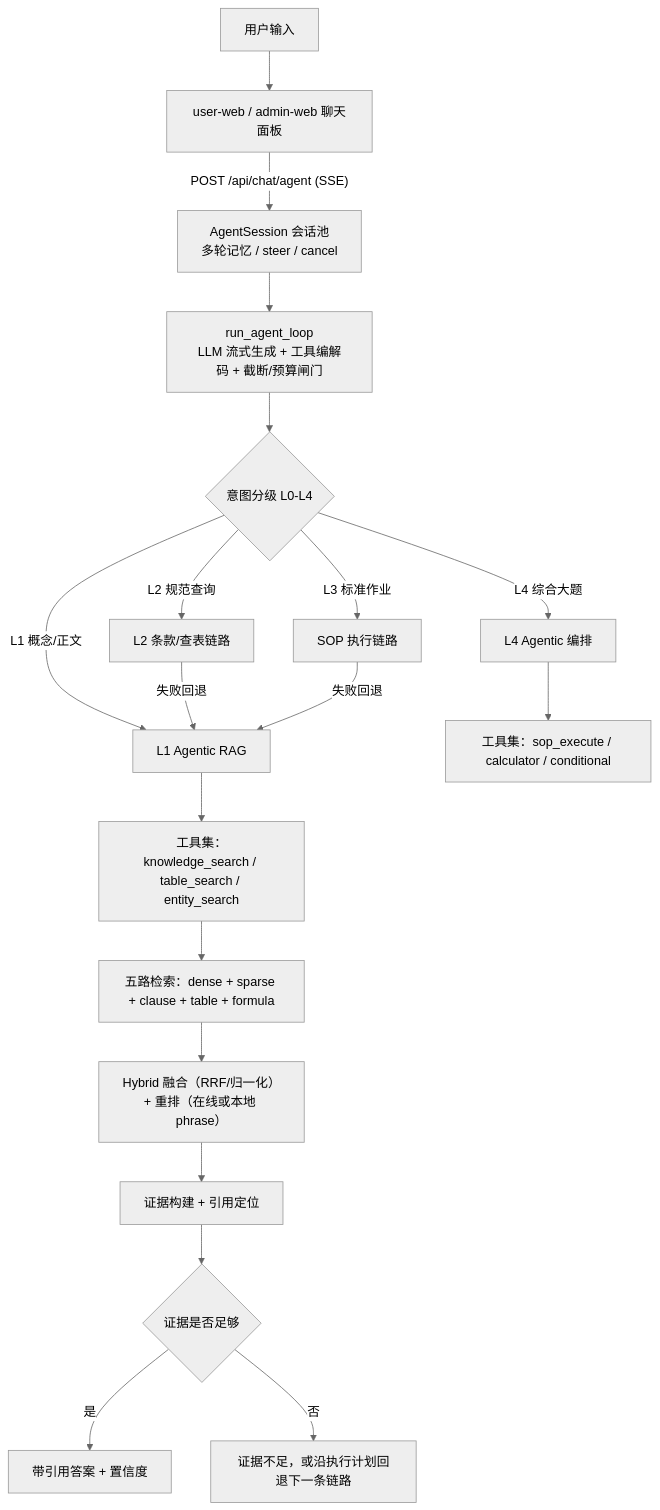
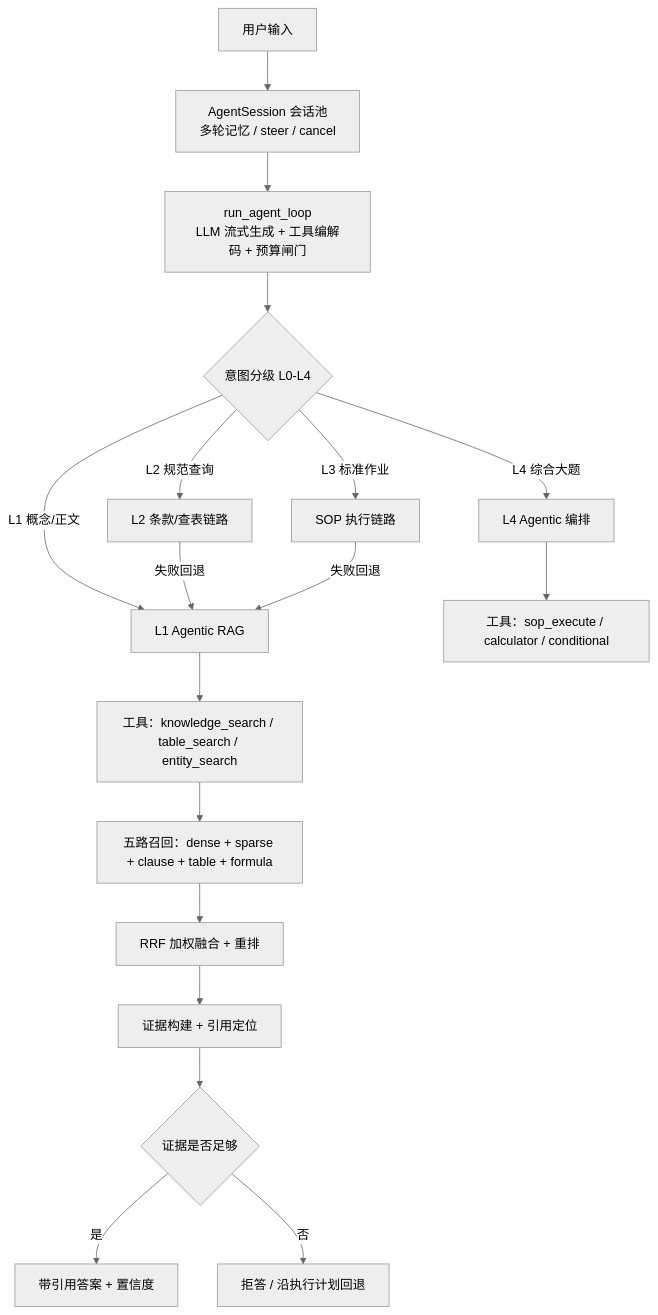
Before and after one commit to 0mao0/AnGIneer: the second of 8 diagrams in README.md, drawn with Mermaid (neutral theme). The commit also changed other lines of this file and 3 other files, not shown here.

````diff
--- a/README.md
+++ b/README.md
@@ -84,21 +93,20 @@
 ```mermaid
-flowchart TD
-    U["用户输入"] --> F["user-web / admin-web 聊天面板"]
-    F -->|"POST /api/chat/agent (SSE)"| S["AgentSession 会话池<br/>多轮记忆 / steer / cancel"]
-    S --> L["run_agent_loop<br/>LLM 流式生成 + 工具编解码 + 截断/预算闸门"]
+flowchart TB
+    U["用户输入"] --> S["AgentSession 会话池<br/>多轮记忆 / steer / cancel"]
+    S --> L["run_agent_loop<br/>LLM 流式生成 + 工具编解码 + 预算闸门"]
     L --> C{"意图分级 L0-L4"}
     C -->|"L1 概念/正文"| A1["L1 Agentic RAG"]
     C -->|"L2 规范查询"| A2["L2 条款/查表链路"]
     C -->|"L3 标准作业"| A3["SOP 执行链路"]
     C -->|"L4 综合大题"| A4["L4 Agentic 编排"]
     A2 -->|"失败回退"| A1
     A3 -->|"失败回退"| A1
-    A4 --> T2["工具集：sop_execute / calculator / conditional"]
-    A1 --> T["工具集：knowledge_search / table_search / entity_search"]
-    T --> R["五路检索：dense + sparse + clause + table + formula"]
-    R --> F2["Hybrid 融合（RRF/归一化）+ 重排（在线或本地 phrase）"]
+    A1 --> T["工具：knowledge_search / table_search / entity_search"]
+    A4 --> T2["工具：sop_execute / calculator / conditional"]
+    T --> R["五路召回：dense + sparse + clause + table + formula"]
+    R --> F2["RRF 加权融合 + 重排"]
     F2 --> E["证据构建 + 引用定位"]
     E --> G{"证据是否足够"}
     G -->|"是"| Ans["带引用答案 + 置信度"]
-    G -->|"否"| Ref["证据不足，或沿执行计划回退下一条链路"]
+    G -->|"否"| Ref["拒答 / 沿执行计划回退"]
 ```
````
